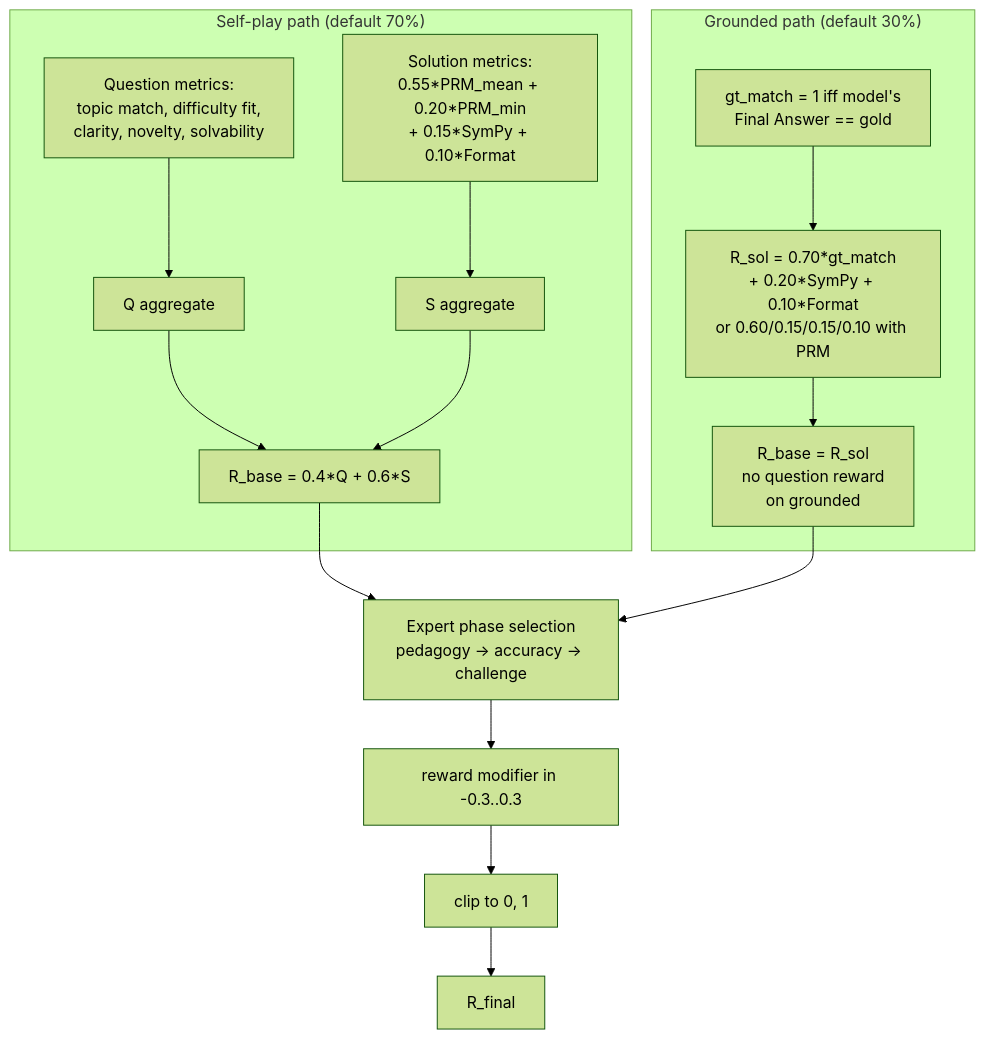
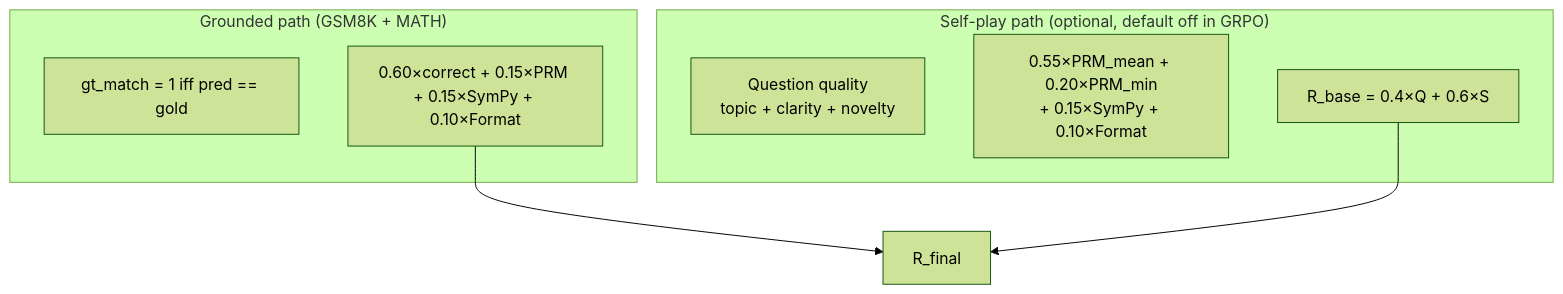
One commit to Prem01-cyber/finetune_qwen changed the second of 2 diagrams in README.md. Above: the diagram before and after it, drawn with Mermaid (forest theme). The commit also changed other lines of this file and 1 other file, not shown here.

````diff
--- a/README.md
+++ b/README.md
@@ -147,33 +415,16 @@
 ```mermaid
 flowchart TD
-    subgraph SP["Self-play path (default 70%)"]
-        QM[Question metrics:<br/>topic match, difficulty fit,<br/>clarity, novelty, solvability]
-        SP_SOL[Solution metrics:<br/>0.55*PRM_mean + 0.20*PRM_min<br/>+ 0.15*SymPy + 0.10*Format]
-        QAGG[Q aggregate]
-        SAGG_SP[S aggregate]
-        RBASE_SP[R_base = 0.4*Q + 0.6*S]
+    subgraph SP["Self-play path (optional, default off in GRPO)"]
+        QM[Question quality<br/>topic + clarity + novelty]
+        SP_SOL[0.55×PRM_mean + 0.20×PRM_min<br/>+ 0.15×SymPy + 0.10×Format]
+        RBASE_SP[R_base = 0.4×Q + 0.6×S]
     end
 
-    subgraph GR["Grounded path (default 30%)"]
-        GT_MATCH[gt_match = 1 iff model's<br/>Final Answer == gold]
-        GR_SOL[R_sol = 0.70*gt_match<br/>+ 0.20*SymPy + 0.10*Format<br/>or 0.60/0.15/0.15/0.10 with PRM]
-        RBASE_GR[R_base = R_sol<br/>no question reward<br/>on grounded]
+    subgraph GR["Grounded path (GSM8K + MATH)"]
+        GT_MATCH[gt_match = 1 iff pred == gold]
+        GR_SOL[0.60×correct + 0.15×PRM + 0.15×SymPy + 0.10×Format]
     end
 
-    PHASE[Expert phase selection<br/>pedagogy -> accuracy -> challenge]
-    MOD[reward modifier in -0.3..0.3]
-    CLAMP[clip to 0, 1]
-    RF[R_final]
-
-    QM --> QAGG
-    SP_SOL --> SAGG_SP
-    QAGG --> RBASE_SP
-    SAGG_SP --> RBASE_SP
-    GT_MATCH --> GR_SOL
-    GR_SOL --> RBASE_GR
-    RBASE_SP --> PHASE
-    RBASE_GR --> PHASE
-    PHASE --> MOD
-    MOD --> CLAMP
-    CLAMP --> RF
+    GR_SOL --> RF[R_final]
+    RBASE_SP --> RF
 ```
````
